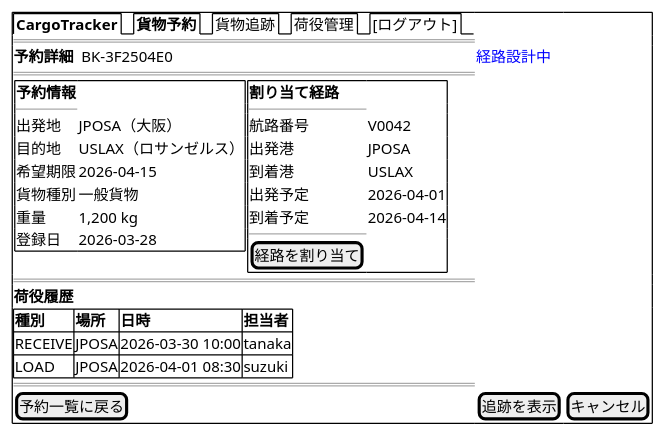
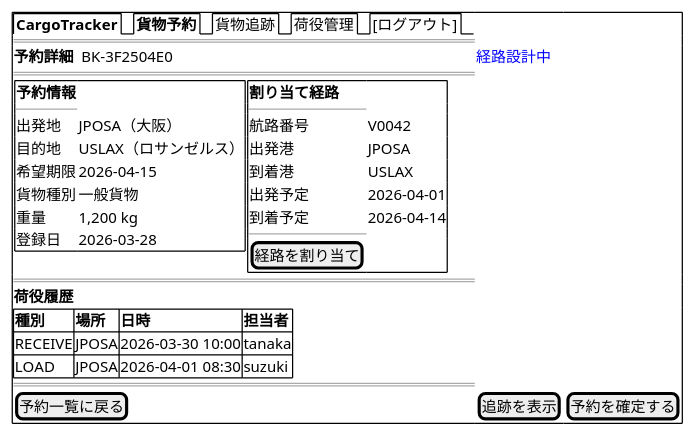
Before and after one commit to k2works/case-study-cargo-tracker: the tenth of 24 diagrams in docs/design/ui_design.md, drawn with PlantUML. The commit also changed other lines of this file and 5 other files, not shown here.

````diff
--- a/docs/design/ui_design.md
+++ b/docs/design/ui_design.md
@@ -729,42 +732,42 @@
 ```plantuml
 @startsalt
 {+
   {/ <b>CargoTracker</b> | <b>貨物予約</b> | 貨物追跡 | 荷役管理 | [ログアウト] }
   ==
   <b>予約詳細</b>  BK-3F2504E0  |  <color:blue>経路設計中</color>
   ==
   {
     {+
       <b>予約情報</b>
       ----
       出発地     | JPOSA（大阪）
       目的地     | USLAX（ロサンゼルス）
       希望期限   | 2026-04-15
       貨物種別   | 一般貨物
       重量       | 1,200 kg
       登録日     | 2026-03-28
     } |
     {+
       <b>割り当て経路</b>
       ----
       航路番号   | V0042
       出発港     | JPOSA
       到着港     | USLAX
       出発予定   | 2026-04-01
       到着予定   | 2026-04-14
       ----
       [経路を割り当て]
     }
   }
   ==
   <b>荷役履歴</b>
   {#
     **種別** | **場所** | **日時** | **担当者**
     RECEIVE  | JPOSA    | 2026-03-30 10:00 | tanaka
     LOAD     | JPOSA    | 2026-04-01 08:30 | suzuki
   }
   ==
-  [予約一覧に戻る] | [追跡を表示] | [キャンセル]
+  [予約一覧に戻る] | [追跡を表示] | [予約を確定する]
 }
 @endsalt
 ```
````
